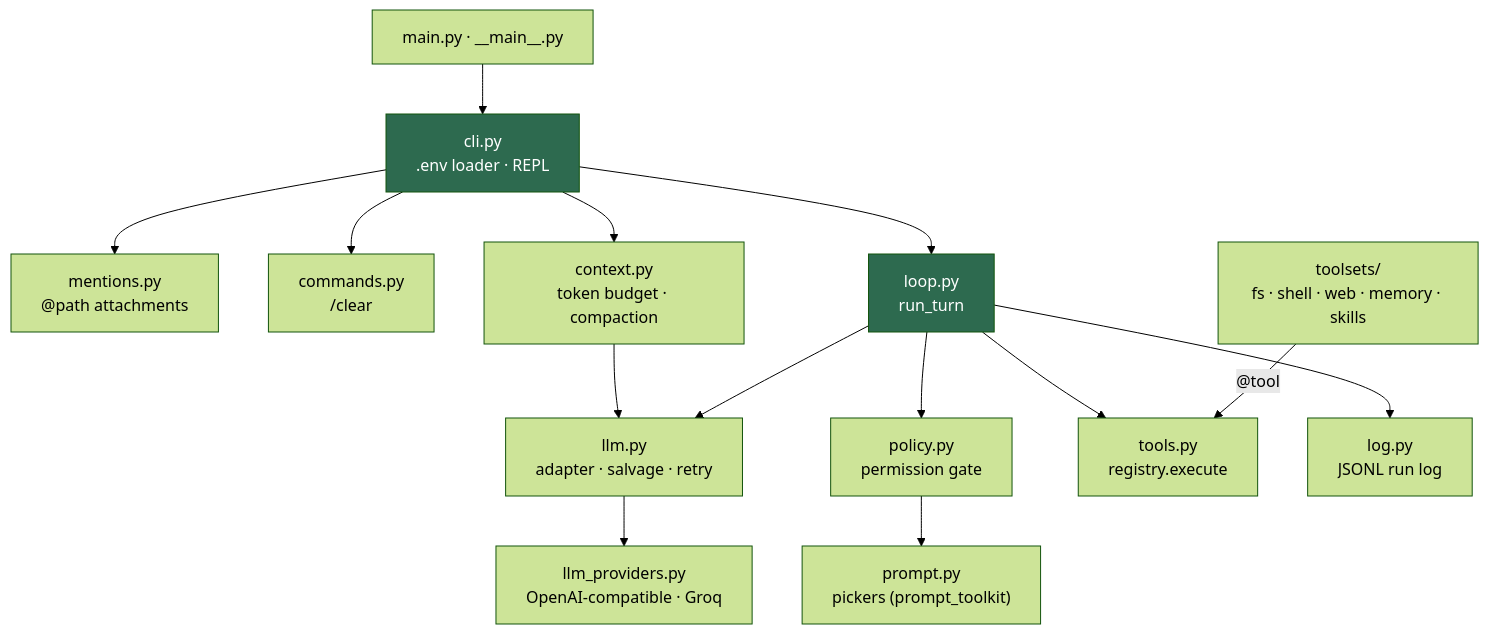
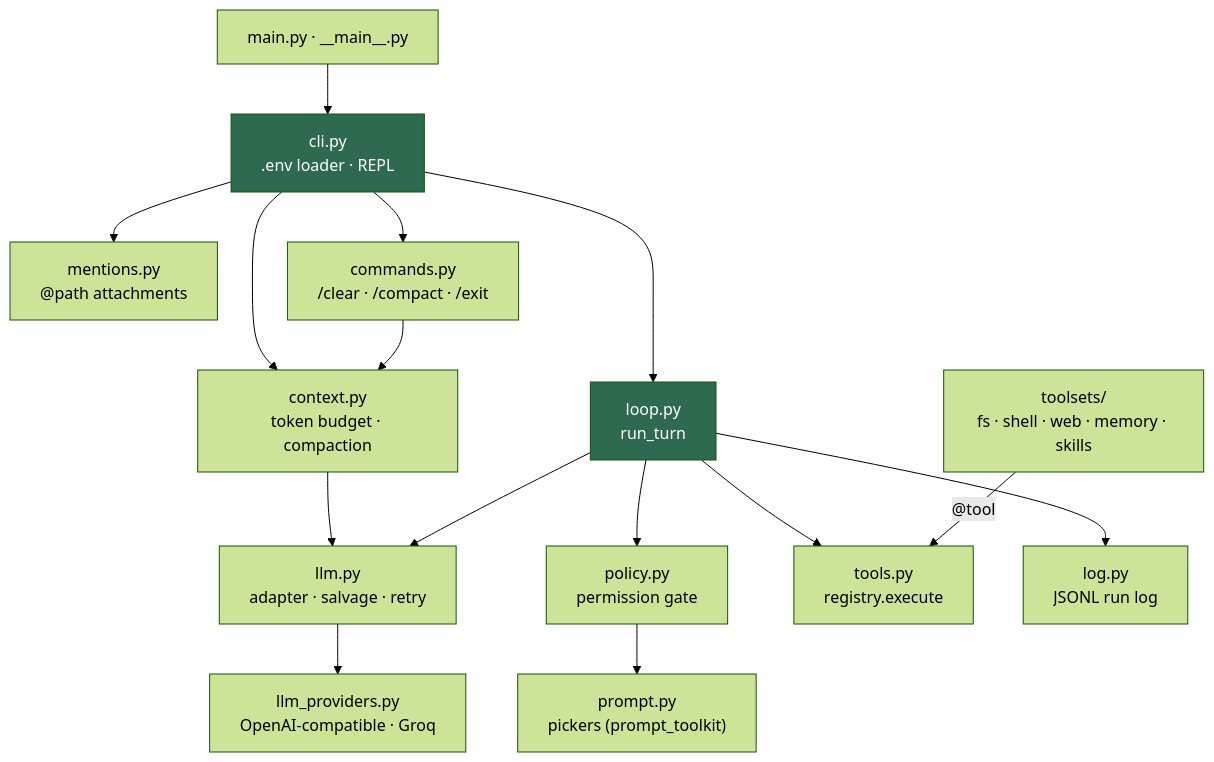
Before and after one commit to maulikmadhavi/make_my_harness: the diagram in doc/architecture.md, drawn with Mermaid (forest theme). The commit also changed other lines of this file and 7 other files, not shown here.

````diff
--- a/doc/architecture.md
+++ b/doc/architecture.md
@@ -11,19 +11,20 @@
 ```mermaid
 flowchart TD
     entry["main.py · __main__.py"] --> cli["cli.py<br/>.env loader · REPL"]
     cli --> mentions["mentions.py<br/>@path attachments"]
-    cli --> commands["commands.py<br/>/clear"]
+    cli --> commands["commands.py<br/>/clear · /compact · /exit"]
     cli --> context["context.py<br/>token budget · compaction"]
+    commands --> context
     cli --> loop["loop.py<br/>run_turn"]
     context --> llm
     loop --> llm["llm.py<br/>adapter · salvage · retry"]
     llm --> providers["llm_providers.py<br/>OpenAI-compatible · Groq"]
     loop --> policy["policy.py<br/>permission gate"]
     policy --> prompt["prompt.py<br/>pickers (prompt_toolkit)"]
     loop --> tools["tools.py<br/>registry.execute"]
     toolsets["toolsets/<br/>fs · shell · web · memory · skills"] -- "@tool" --> tools
     loop --> log["log.py<br/>JSONL run log"]
 
     style cli fill:#2d6a4f,color:#fff
     style loop fill:#2d6a4f,color:#fff
 ```
````
